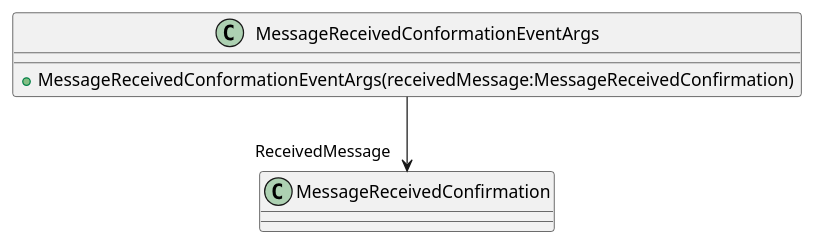
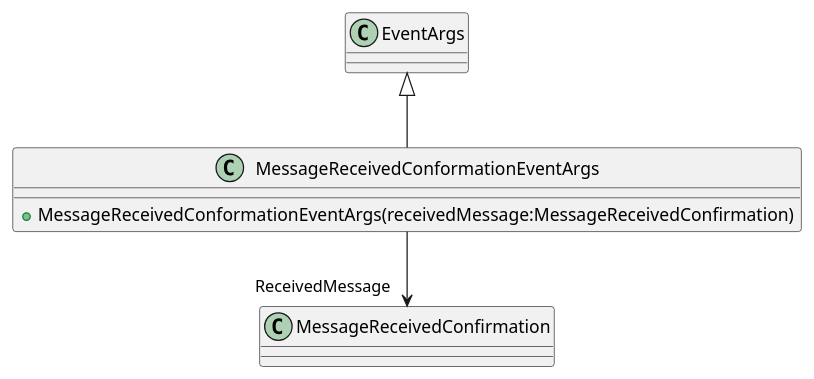
The diagram in ChatApp.Shared/puml/Events/MessageReceivedConformationEventArgs.puml (luca-weinert/chatApp), drawn with PlantUML before and after one commit. The commit also changed 14 other files, not shown here.

```diff
--- a/ChatApp.Shared/puml/Events/MessageReceivedConformationEventArgs.puml
+++ b/ChatApp.Shared/puml/Events/MessageReceivedConformationEventArgs.puml
@@ -1,6 +1,7 @@
 @startuml
 class MessageReceivedConformationEventArgs {
     + MessageReceivedConformationEventArgs(receivedMessage:MessageReceivedConfirmation)
 }
+EventArgs <|-- MessageReceivedConformationEventArgs
 MessageReceivedConformationEventArgs --> "ReceivedMessage" MessageReceivedConfirmation
 @enduml
```
